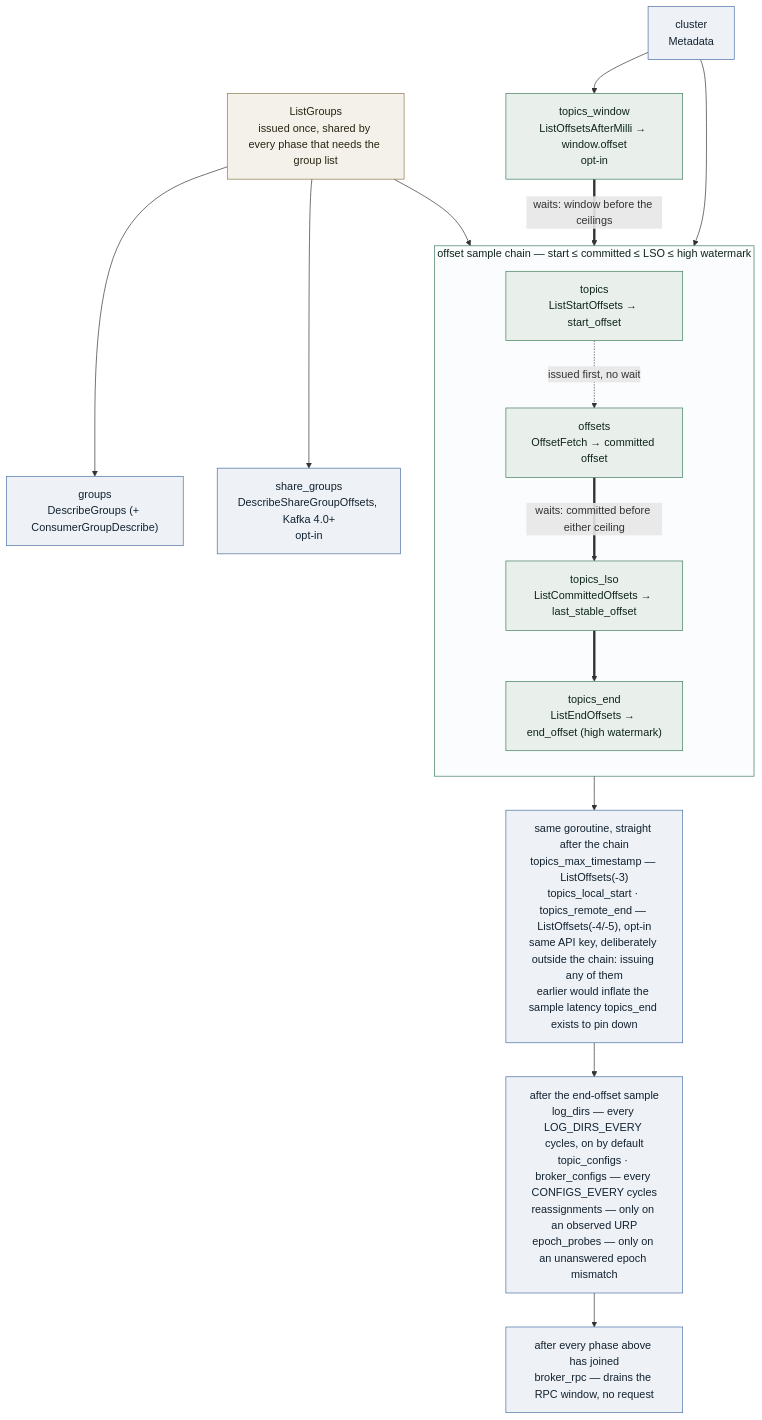
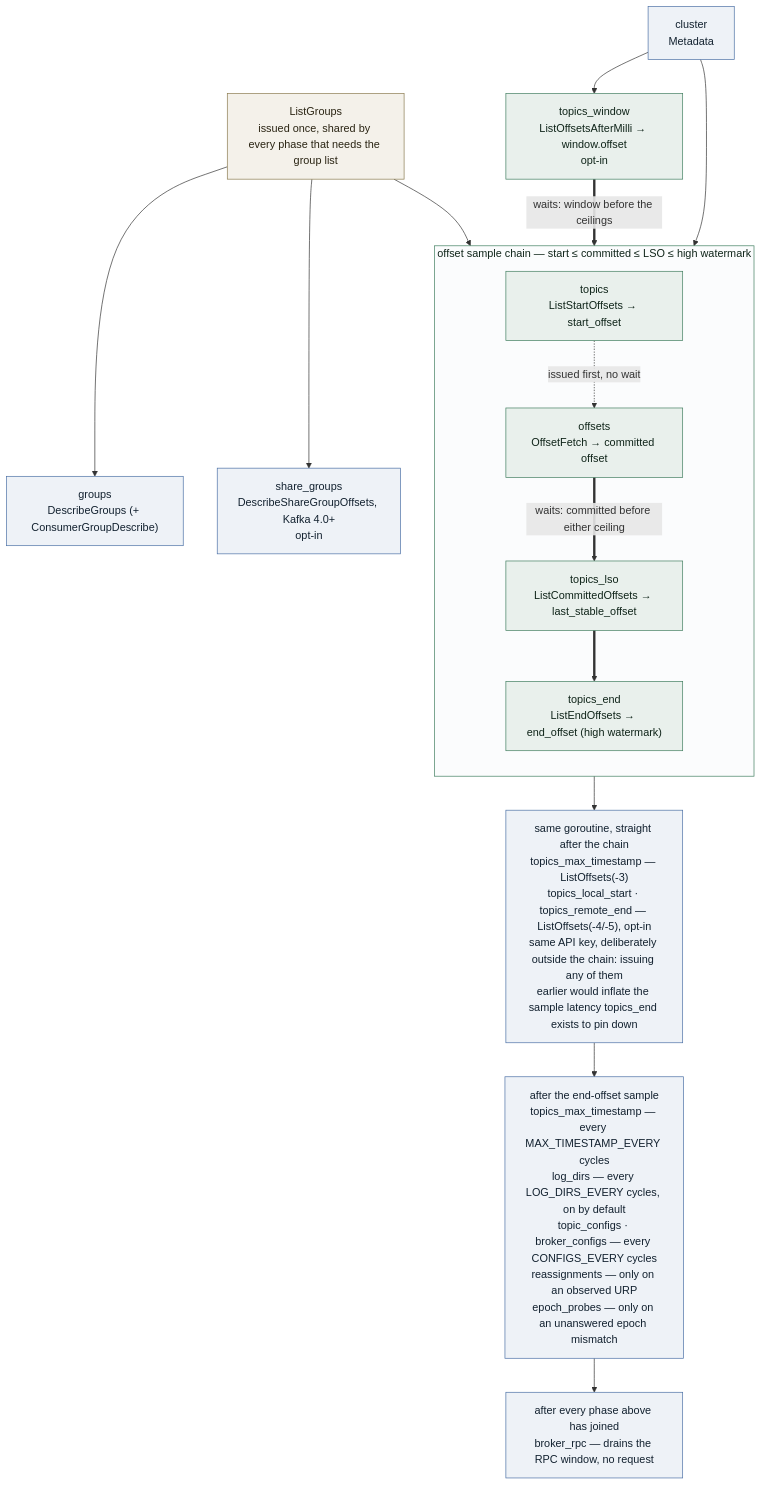
Before and after one commit to streamsight-labs/streamsight-agent: the second of 2 diagrams in README.md, drawn with Mermaid. The commit also changed other lines of this file and 12 other files, not shown here.

Commit message:
feat(collector): cadence the max-timestamp phase and stagger the cadenced phases (#9)

````diff
--- a/README.md
+++ b/README.md
@@ -52,42 +52,42 @@
 ```mermaid
 flowchart TB
     MD["cluster<br/>Metadata"]
     LG["ListGroups<br/>issued once, shared by every phase that needs the group list"]
     GR["groups<br/>DescribeGroups (+ ConsumerGroupDescribe)"]
     SG["share_groups<br/>DescribeShareGroupOffsets, Kafka 4.0+<br/>opt-in"]
     WN["topics_window<br/>ListOffsetsAfterMilli → window.offset<br/>opt-in"]
 
     subgraph chain["offset sample chain — start ≤ committed ≤ LSO ≤ high watermark"]
         direction TB
         TS["topics<br/>ListStartOffsets → start_offset"]
         OF["offsets<br/>OffsetFetch → committed offset"]
         LSO["topics_lso<br/>ListCommittedOffsets → last_stable_offset"]
         EN["topics_end<br/>ListEndOffsets → end_offset (high watermark)"]
         TS -. "issued first, no wait" .-> OF
         OF == "waits: committed before either ceiling" ==> LSO
         LSO ==> EN
     end
 
     EXTRA["same goroutine, straight after the chain<br/>topics_max_timestamp — ListOffsets(-3)<br/>topics_local_start · topics_remote_end — ListOffsets(-4/-5), opt-in<br/>same API key, deliberately outside the chain: issuing any of them<br/>earlier would inflate the sample latency topics_end exists to pin down"]
 
-    POST["after the end-offset sample<br/>log_dirs — every LOG_DIRS_EVERY cycles, on by default<br/>topic_configs · broker_configs — every CONFIGS_EVERY cycles<br/>reassignments — only on an observed URP<br/>epoch_probes — only on an unanswered epoch mismatch"]
+    POST["after the end-offset sample<br/>topics_max_timestamp — every MAX_TIMESTAMP_EVERY cycles<br/>log_dirs — every LOG_DIRS_EVERY cycles, on by default<br/>topic_configs · broker_configs — every CONFIGS_EVERY cycles<br/>reassignments — only on an observed URP<br/>epoch_probes — only on an unanswered epoch mismatch"]
     JOIN["after every phase above has joined<br/>broker_rpc — drains the RPC window, no request"]
 
     MD --> chain
     MD --> WN
     LG --> GR
     LG --> SG
     LG --> OF
     WN == "waits: window before the ceilings" ==> LSO
     EN --> EXTRA
     EXTRA --> POST
     POST --> JOIN
 
     classDef phase fill:#eef2f7,stroke:#4a6fa5,color:#12212f
     classDef shared fill:#f4f1ea,stroke:#8a7a4e,color:#2a2413
     classDef link fill:#e9f0ec,stroke:#3f7d5e,color:#0f2419
     class MD,GR,SG,EXTRA,POST,JOIN phase
     class LG shared
     class WN,TS,OF,LSO,EN link
     style chain fill:#fbfcfd,stroke:#3f7d5e,color:#0f2419
 ```
````
